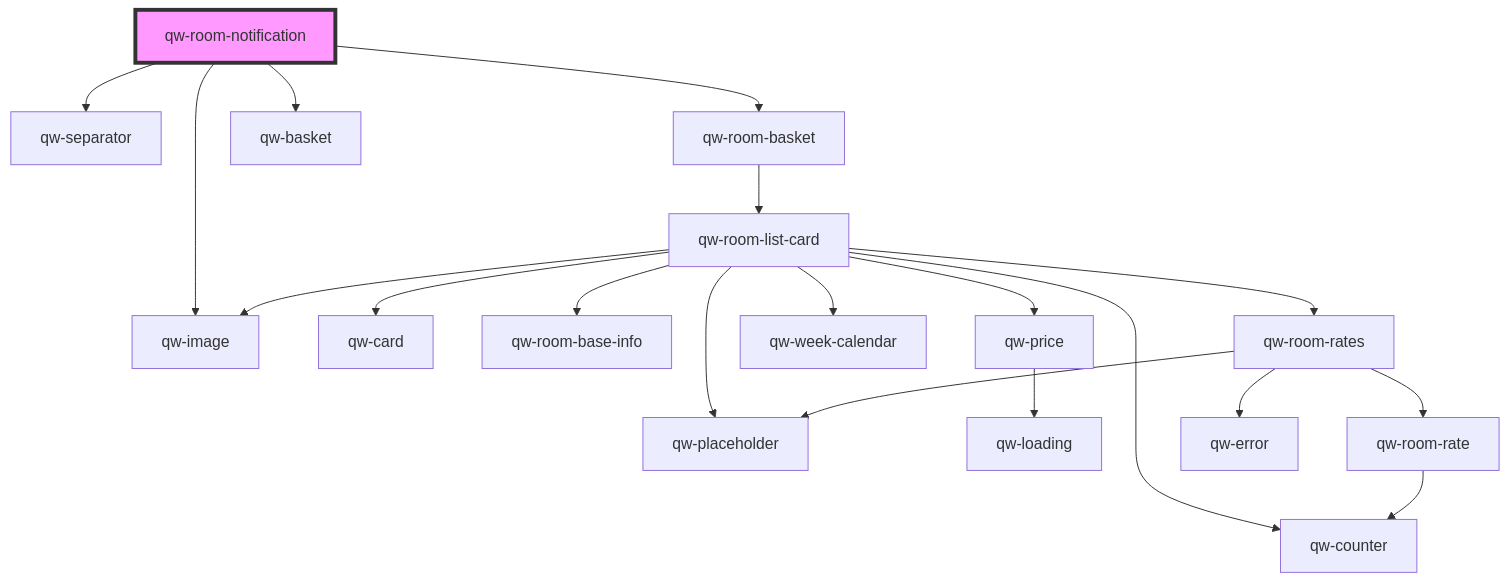
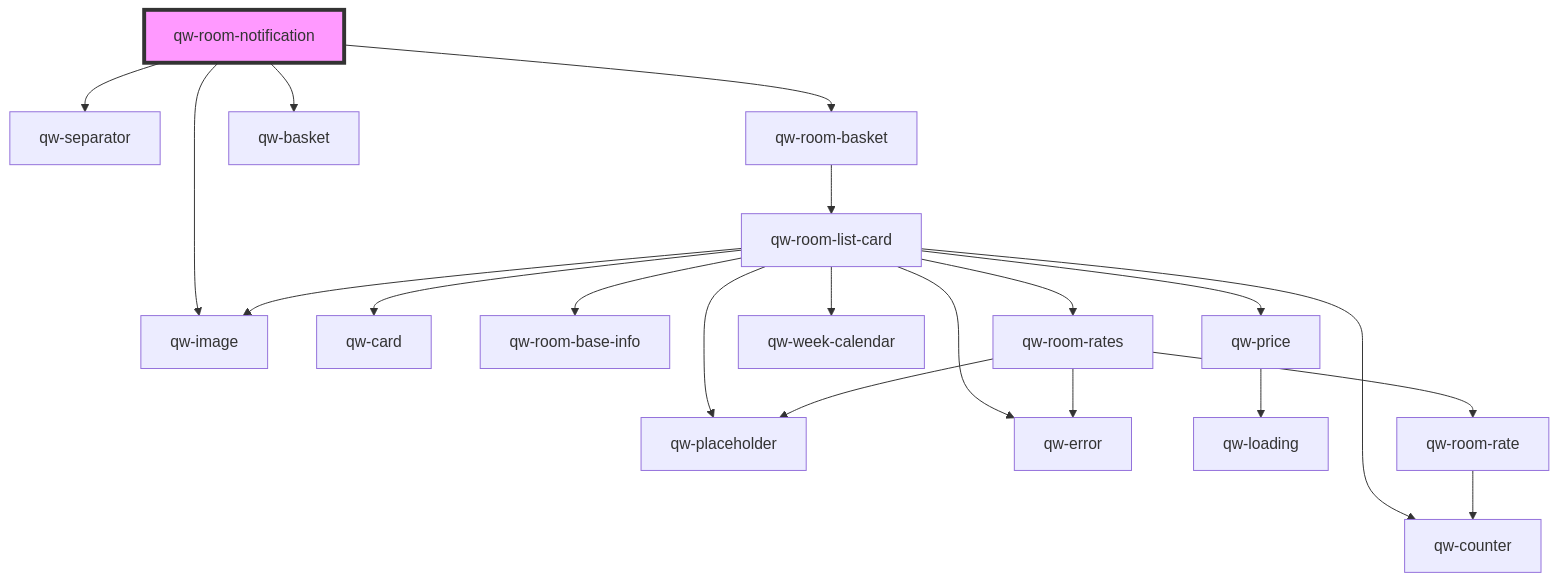
Before and after one commit to qwentes-team/qw-hotels: the diagram in src/components/qw-room-notification/readme.md, drawn with Mermaid. The commit also changed 4 other files, not shown here.

````diff
--- a/src/components/qw-room-notification/readme.md
+++ b/src/components/qw-room-notification/readme.md
@@ -25,22 +25,23 @@
 ```mermaid
 graph TD;
   qw-room-notification --> qw-separator
   qw-room-notification --> qw-image
   qw-room-notification --> qw-room-basket
   qw-room-notification --> qw-basket
   qw-room-basket --> qw-room-list-card
   qw-room-list-card --> qw-card
   qw-room-list-card --> qw-image
   qw-room-list-card --> qw-room-base-info
   qw-room-list-card --> qw-placeholder
   qw-room-list-card --> qw-price
+  qw-room-list-card --> qw-error
   qw-room-list-card --> qw-week-calendar
   qw-room-list-card --> qw-room-rates
   qw-room-list-card --> qw-counter
   qw-price --> qw-loading
   qw-room-rates --> qw-room-rate
   qw-room-rates --> qw-placeholder
   qw-room-rates --> qw-error
   qw-room-rate --> qw-counter
   style qw-room-notification fill:#f9f,stroke:#333,stroke-width:4px
 ```
````
